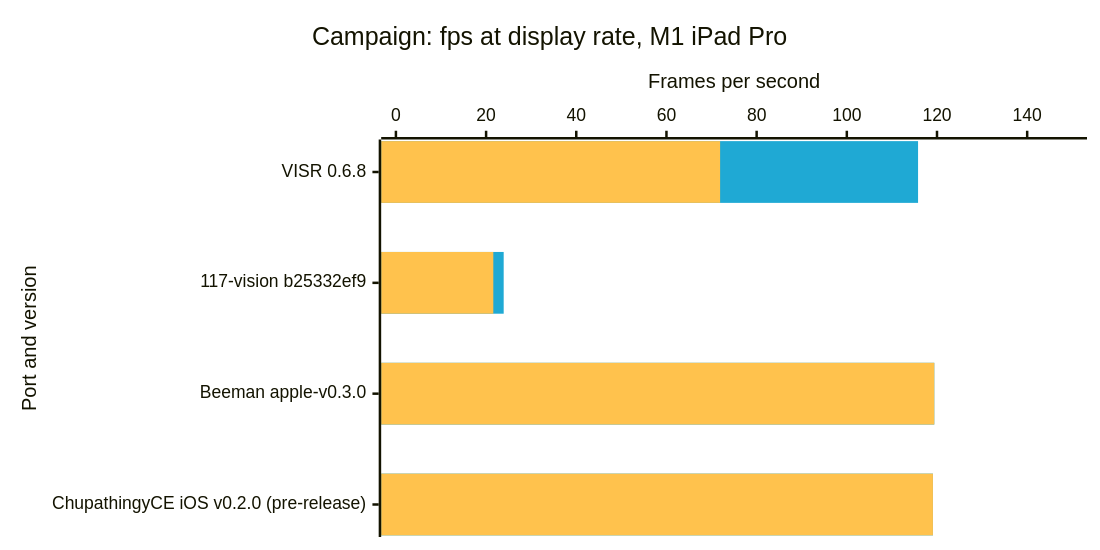
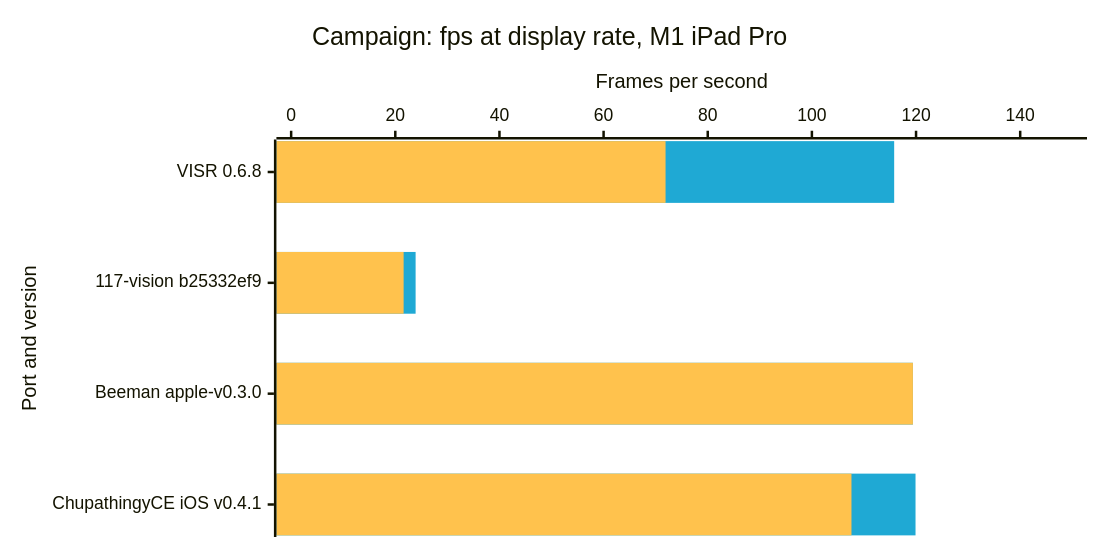
One commit to VISR-CE/visr changed the third of 7 diagrams in docs/benchmarks.md. Above: the diagram before and after it, drawn with Mermaid. The commit also changed other lines of this file and 4 other files, not shown here.

````diff
--- a/docs/benchmarks.md
+++ b/docs/benchmarks.md
@@ -78,17 +78,17 @@
 ```mermaid
 ---
 config:
   xyChart:
     width: 860
     height: 420
   themeVariables:
     xyChart:
       plotColorPalette: "#1fa9d4, #ffc24d"
 ---
 xychart-beta horizontal
     title "Campaign: fps at display rate, M1 iPad Pro"
-    x-axis "Port and version" ["VISR 0.6.8", "117-vision b25332ef9", "Beeman apple-v0.3.0", "ChupathingyCE iOS v0.2.0 (pre-release)"]
+    x-axis "Port and version" ["VISR 0.6.8", "117-vision b25332ef9", "Beeman apple-v0.3.0", "ChupathingyCE iOS v0.4.1"]
     y-axis "Frames per second" 0 --> 150
-    bar [115.8, 23.9, 119.4, 119.1]
-    bar [71.9, 21.6, 119.4, 119.1]
+    bar [115.8, 23.9, 119.4, 119.9]
+    bar [71.9, 21.6, 119.4, 107.6]
 ```
````
